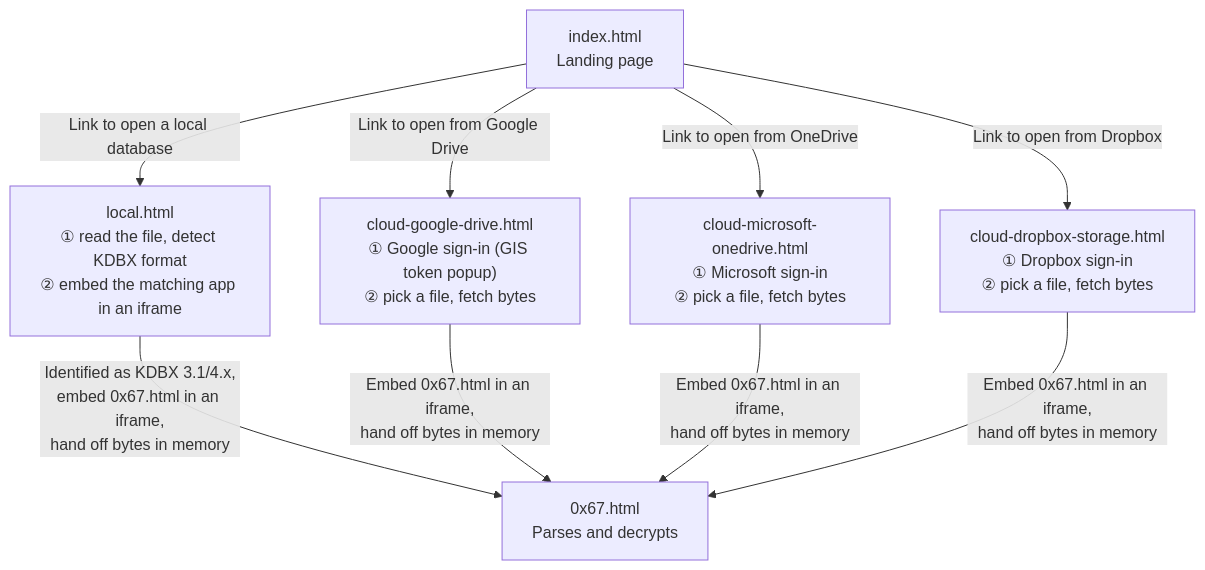
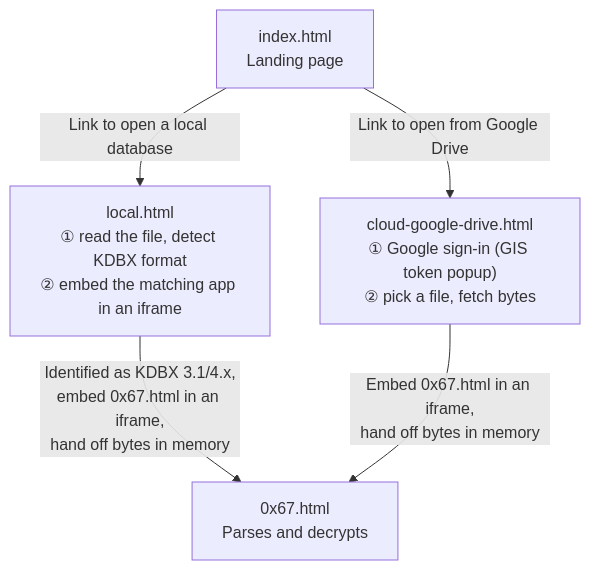
Before and after one commit to keepass-web/source-application: the diagram in docs/PAGES.md, drawn with Mermaid. The commit also changed other lines of this file and 2 other files, not shown here.

````diff
--- a/docs/PAGES.md
+++ b/docs/PAGES.md
@@ -18,15 +16,11 @@
 ```mermaid
 flowchart TD
     INDEX["index.html<br/>Landing page"]
 
     INDEX -->|"Link to open a local database"| LOCAL["local.html<br/>① read the file, detect KDBX format<br/>② embed the matching app in an iframe"]
     LOCAL -->|"Identified as KDBX 3.1/4.x,<br/>embed 0x67.html in an iframe,<br/>hand off bytes in memory"| APP["0x67.html<br/>Parses and decrypts"]
 
     INDEX -->|"Link to open from Google Drive"| DRIVE["cloud-google-drive.html<br/>① Google sign-in (GIS token popup)<br/>② pick a file, fetch bytes"]
-    INDEX -->|"Link to open from OneDrive"| ONEDRIVE["cloud-microsoft-onedrive.html<br/>① Microsoft sign-in<br/>② pick a file, fetch bytes"]
-    INDEX -->|"Link to open from Dropbox"| DROPBOX["cloud-dropbox-storage.html<br/>① Dropbox sign-in<br/>② pick a file, fetch bytes"]
 
     DRIVE -->|"Embed 0x67.html in an iframe,<br/>hand off bytes in memory"| APP
-    ONEDRIVE -->|"Embed 0x67.html in an iframe,<br/>hand off bytes in memory"| APP
-    DROPBOX -->|"Embed 0x67.html in an iframe,<br/>hand off bytes in memory"| APP
 ```
````
